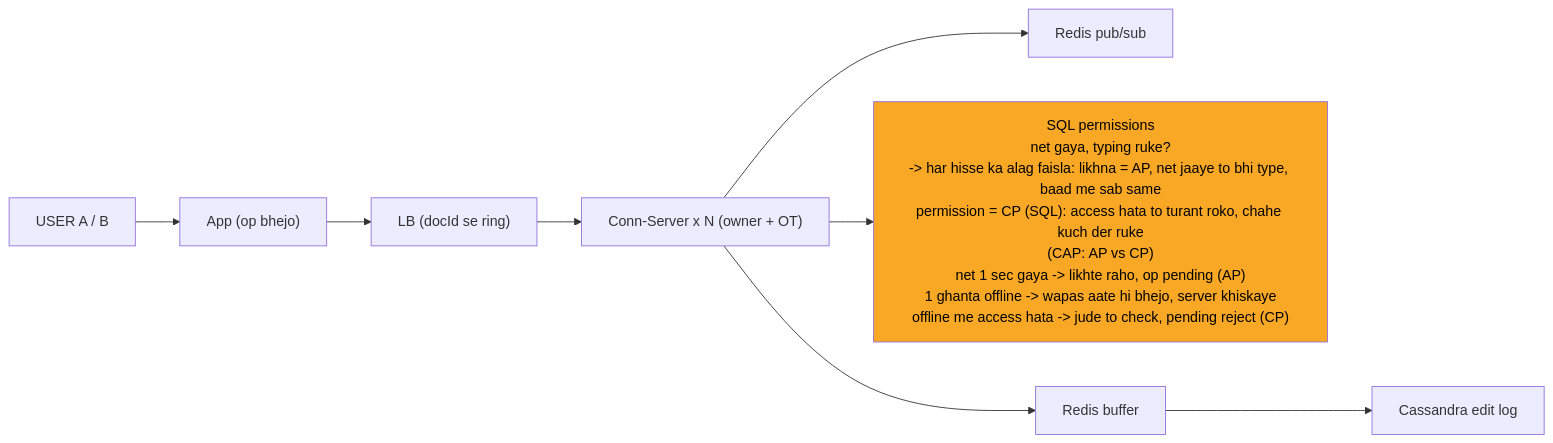
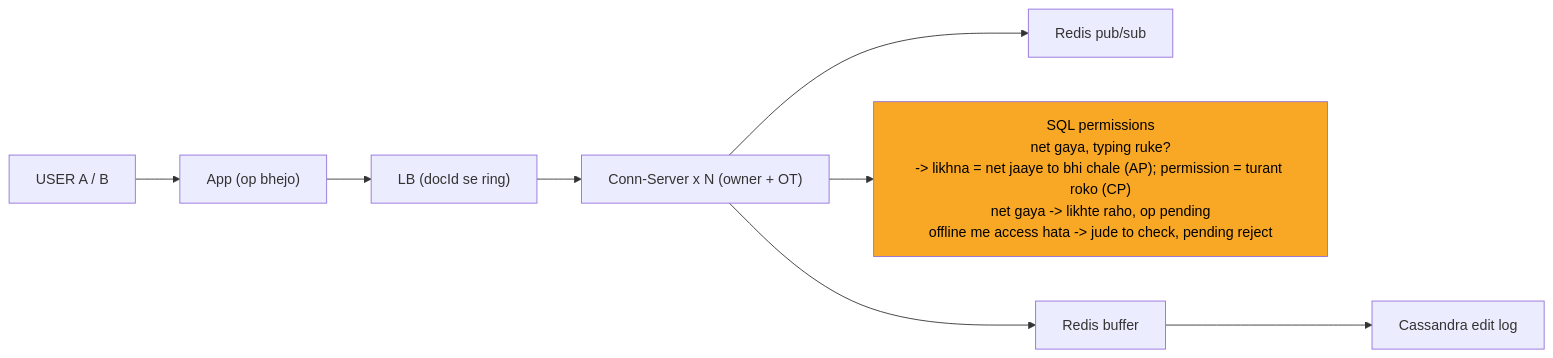
One commit to ArpanMaheshwari144/Prep changed the diagram in 04_HLD/SYSTEM_DESIGNS/11_google_docs_collab/img/c7.mmd. Above: the diagram before and after it, drawn with Mermaid. The commit also changed 36 other files, not shown here.

```diff
--- a/04_HLD/SYSTEM_DESIGNS/11_google_docs_collab/img/c7.mmd
+++ b/04_HLD/SYSTEM_DESIGNS/11_google_docs_collab/img/c7.mmd
@@ -1,18 +1,18 @@
 %%{init: {"flowchart": {"wrappingWidth": 450}}}%%
 flowchart LR
     n_USER["USER A / B"]
     n_App["App (op bhejo)"]
     n_LB["LB (docId se ring)"]
     n_Conn_Server_xN["Conn-Server x N (owner + OT)"]
     n_PS["Redis pub/sub"]
-    n_SQL["SQL permissions<br/>net gaya, typing ruke?<br/>-> har hisse ka alag faisla: likhna = AP, net jaaye to bhi type, baad me sab same<br/>permission = CP (SQL): access hata to turant roko, chahe kuch der ruke<br/>(CAP: AP vs CP)<br/>net 1 sec gaya -> likhte raho, op pending (AP)<br/>1 ghanta offline -> wapas aate hi bhejo, server khiskaye<br/>offline me access hata -> jude to check, pending reject (CP)"]
+    n_SQL["SQL permissions<br/>net gaya, typing ruke?<br/>-> likhna = net jaaye to bhi chale (AP); permission = turant roko (CP)<br/>net gaya -> likhte raho, op pending<br/>offline me access hata -> jude to check, pending reject"]
     n_BUF["Redis buffer"]
     n_CAS["Cassandra edit log"]
     n_USER --> n_App
     n_App --> n_LB
     n_LB --> n_Conn_Server_xN
     n_Conn_Server_xN --> n_PS
     n_Conn_Server_xN --> n_BUF
     n_Conn_Server_xN --> n_SQL
     n_BUF --> n_CAS
     style n_SQL fill:#f9a825,color:#000
```
